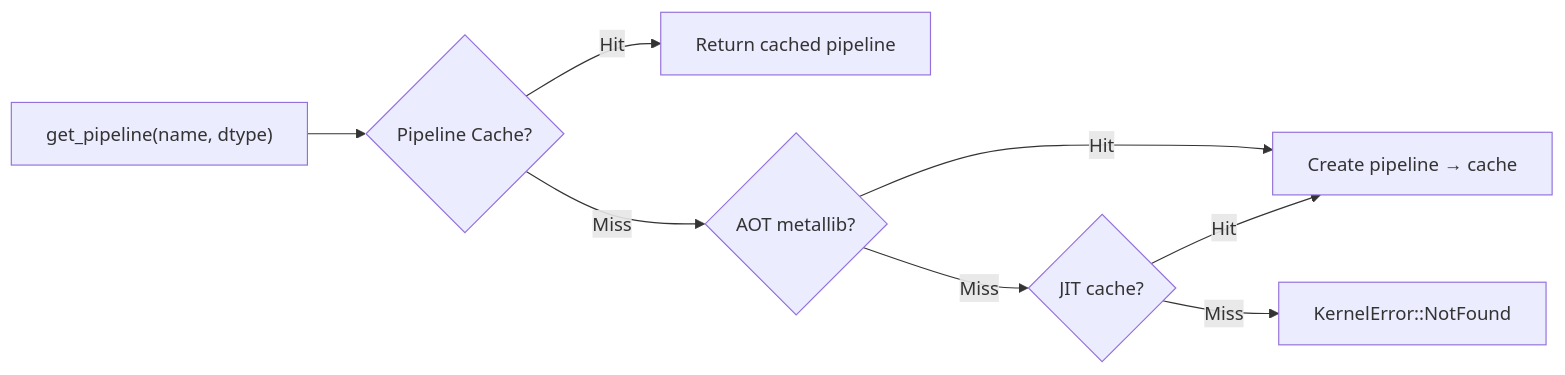
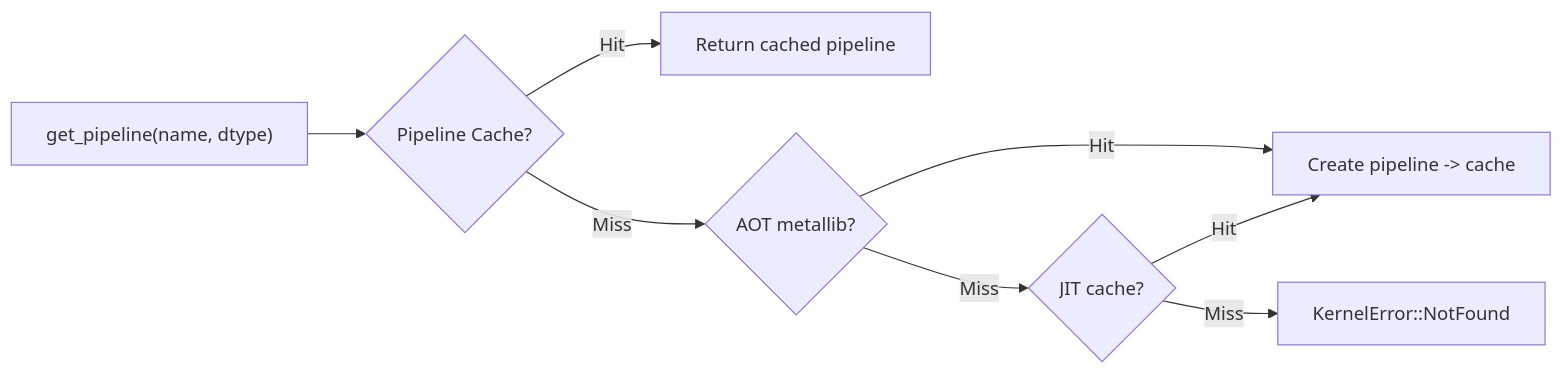
Before and after one commit to 0xDaizz/RMLX: the diagram in docs/crates/rmlx-core.md, drawn with Mermaid. The commit also changed other lines of this file and 30 other files, not shown here.

````diff
--- a/docs/crates/rmlx-core.md
+++ b/docs/crates/rmlx-core.md
@@ -174,10 +174,10 @@
 ```mermaid
 flowchart LR
     A["get_pipeline(name, dtype)"] --> B{Pipeline Cache?}
     B -->|Hit| C[Return cached pipeline]
     B -->|Miss| D{AOT metallib?}
-    D -->|Hit| E[Create pipeline → cache]
+    D -->|Hit| E[Create pipeline -> cache]
     D -->|Miss| F{JIT cache?}
     F -->|Hit| E
     F -->|Miss| G[KernelError::NotFound]
 ```
````
